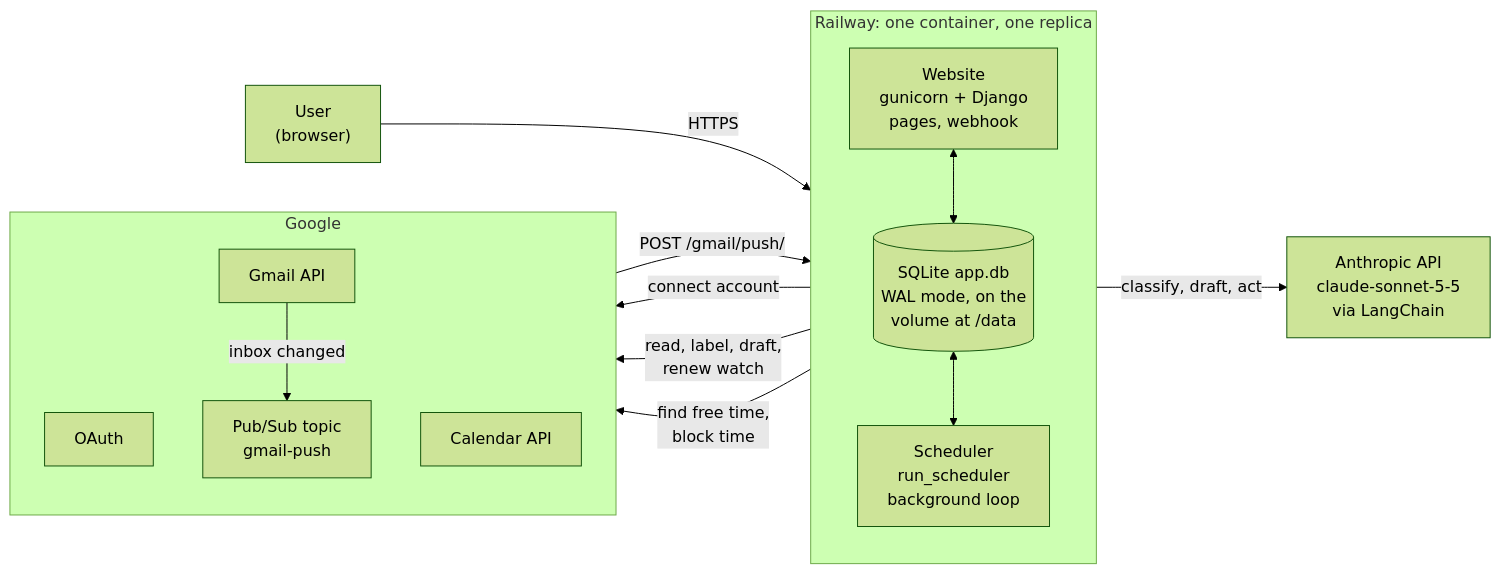
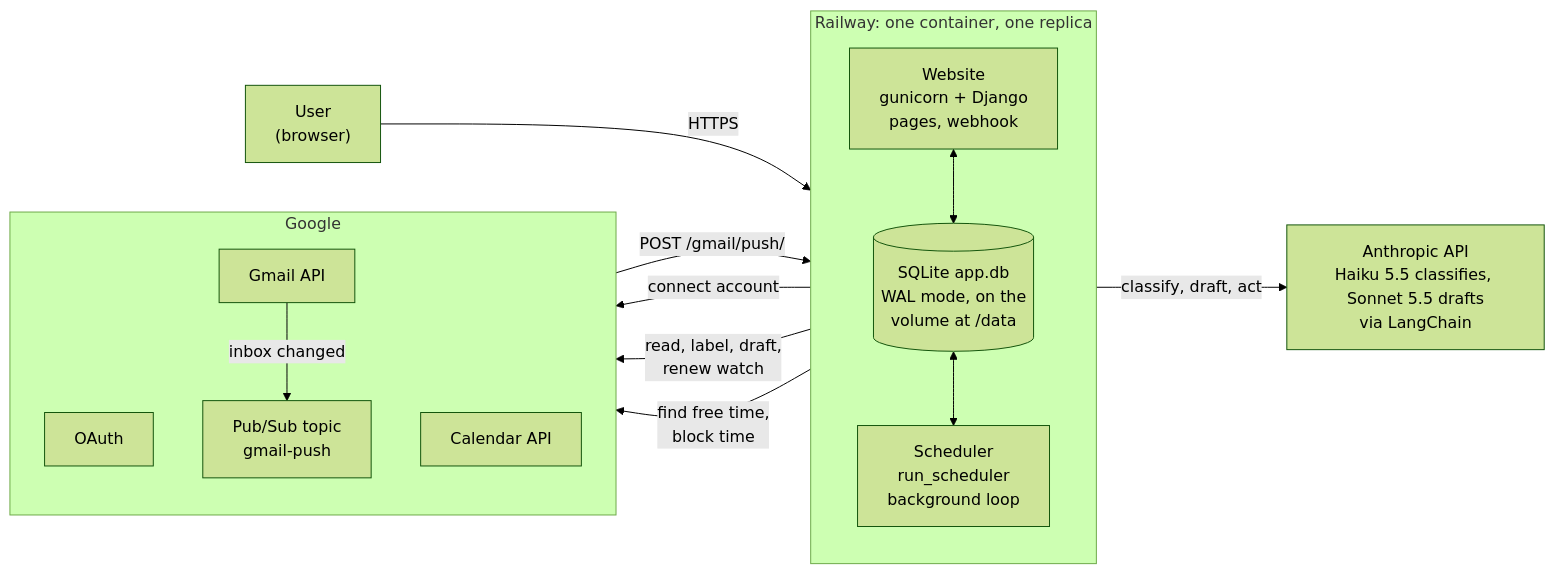
The first of 7 diagrams in docs/system-design.md (Ryancg3/email-agent-hack-2026), drawn with Mermaid (forest theme) before and after one commit. The commit also changed other lines of this file and 24 other files, not shown here.

````diff
--- a/docs/system-design.md
+++ b/docs/system-design.md
@@ -34,31 +34,31 @@
 ```mermaid
 flowchart LR
     U["User<br/>(browser)"]
 
     subgraph Railway["Railway: one container, one replica"]
         direction TB
         WEB["Website<br/>gunicorn + Django<br/>pages, webhook"]
         DB[("SQLite app.db<br/>WAL mode, on the<br/>volume at /data")]
         SCH["Scheduler<br/>run_scheduler<br/>background loop"]
         WEB <--> DB
         DB <--> SCH
     end
 
     subgraph Google["Google"]
         direction TB
         OAUTH["OAuth"]
         PS["Pub/Sub topic<br/>gmail-push"]
         GM["Gmail API"]
         CAL["Calendar API"]
     end
 
-    ANT["Anthropic API<br/>claude-sonnet-5-5<br/>via LangChain"]
+    ANT["Anthropic API<br/>Haiku 5.5 classifies, Sonnet 5.5 drafts<br/>via LangChain"]
 
     U -- "HTTPS" --> WEB
     WEB -- "connect account" --> OAUTH
     PS -- "POST /gmail/push/" --> WEB
     GM -- "inbox changed" --> PS
     SCH -- "read, label, draft,<br/>renew watch" --> GM
     SCH -- "find free time,<br/>block time" --> CAL
     SCH -- "classify, draft, act" --> ANT
 ```
````
